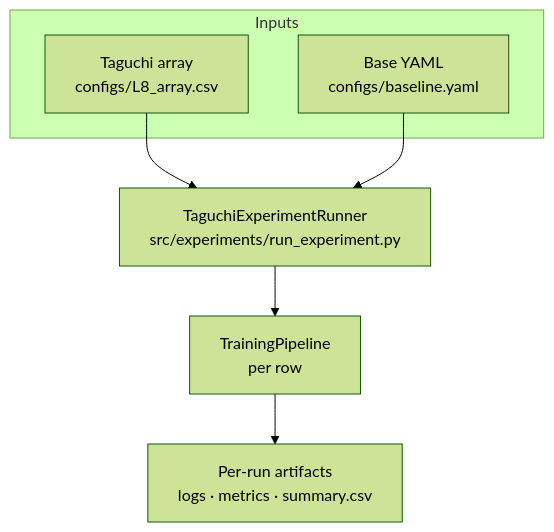
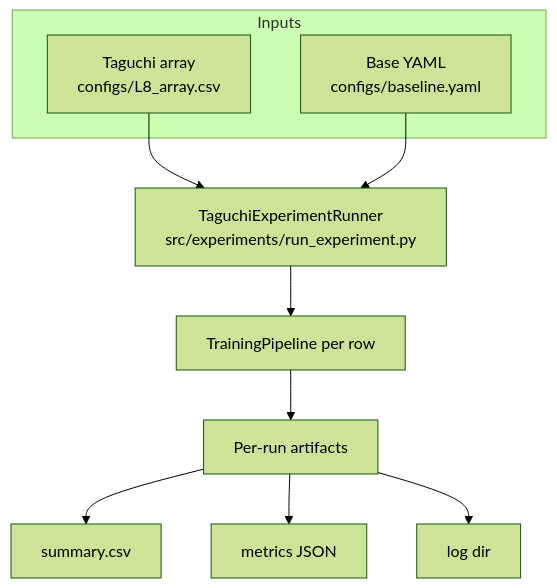
One commit to benschneider/spectral-diffusion changed the third of 5 diagrams in README.md. Above: the diagram before and after it, drawn with Mermaid (forest theme). The commit also changed other lines of this file and 3 other files, not shown here.

Commit message:
feat: Update README with enhanced overview, add key metrics, and refine experimental design; improve TODOs and model structure for diffusion training

````diff
--- a/README.md
+++ b/README.md
@@ -139,11 +140,14 @@
 ```mermaid
 flowchart TD
     subgraph Inputs
         L8["Taguchi array<br/>configs/L8_array.csv"]
         CFG["Base YAML<br/>configs/baseline.yaml"]
     end
     L8 --> RUNNER["TaguchiExperimentRunner<br/>src/experiments/run_experiment.py"]
     CFG --> RUNNER
-    RUNNER --> EXEC["TrainingPipeline<br/>per row"]
-    EXEC --> METRICS["Per-run artifacts<br/>logs · metrics · summary.csv"]
+    RUNNER --> EXEC["TrainingPipeline per row"]
+    EXEC --> METRICS["Per-run artifacts"]
+    METRICS --> H["summary.csv"]
+    METRICS --> I["metrics JSON"]
+    METRICS --> J["log dir"]
 ```
````
